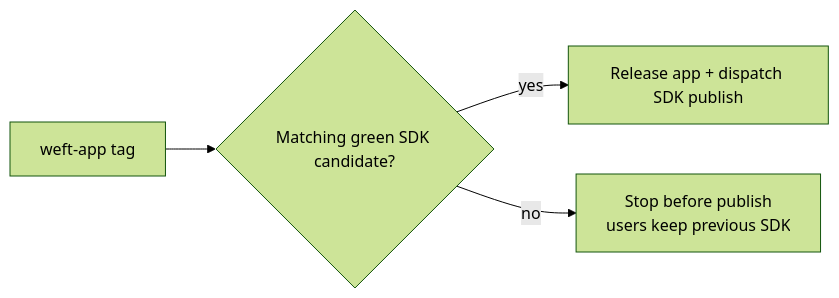
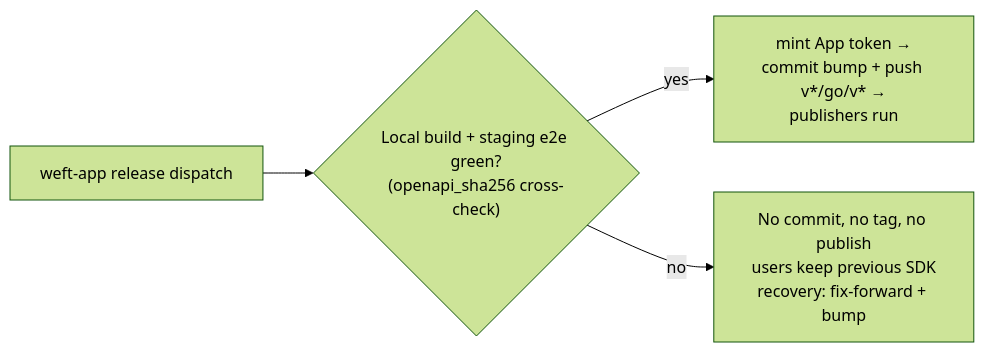
Before and after one commit to weft-labs/weft-sdk: the fourth of 4 diagrams in docs/architecture/sdk-pipeline.md, drawn with Mermaid (forest theme). The commit also changed other lines of this file and 6 other files, not shown here.

First line of the commit message:
docs(s8): rewrite SDK pipeline docs to App-token + event-driven reality

````diff
--- a/docs/architecture/sdk-pipeline.md
+++ b/docs/architecture/sdk-pipeline.md
@@ -170,6 +190,6 @@
 ```mermaid
 flowchart LR
-    tag["weft-app tag"] --> gate{"Matching green SDK candidate?"}
-    gate -->|yes| release["Release app + dispatch SDK publish"]
-    gate -->|no| stop["Stop before publish\nusers keep previous SDK"]
+    dispatch["weft-app release dispatch"] --> gate{"Local build + staging e2e green?\n(openapi_sha256 cross-check)"}
+    gate -->|yes| ship["mint App token →\ncommit bump + push v*/go/v* →\npublishers run"]
+    gate -->|no| stop["No commit, no tag, no publish\nusers keep previous SDK\nrecovery: fix-forward + bump"]
 ```
````
